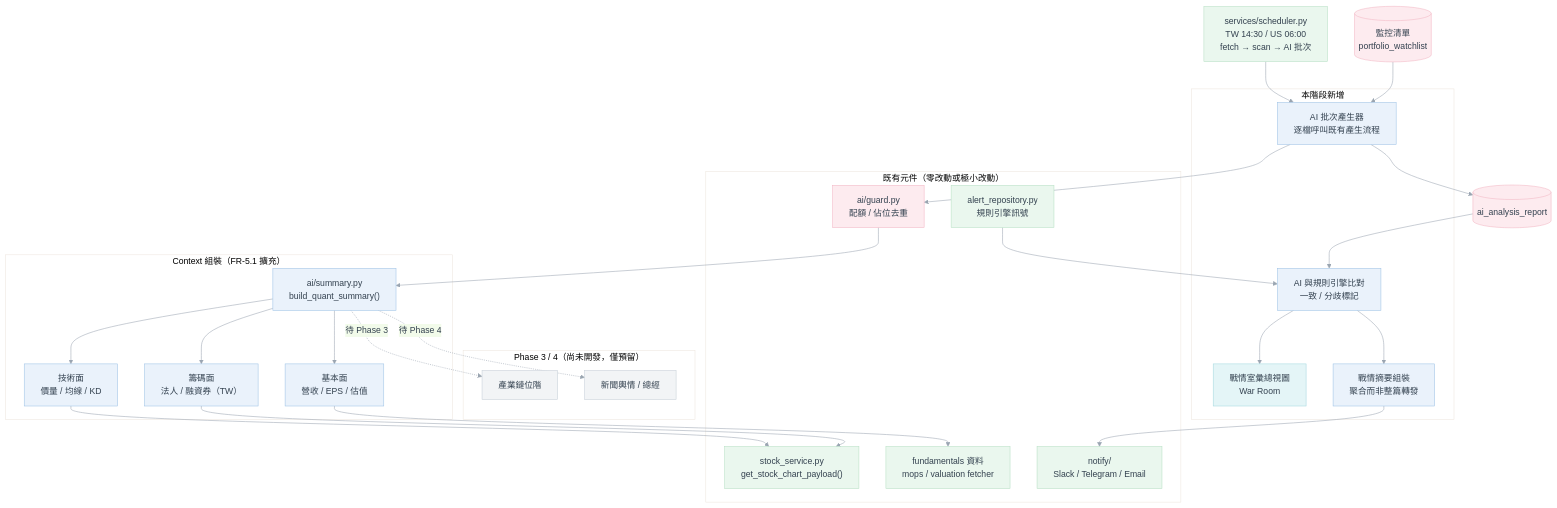
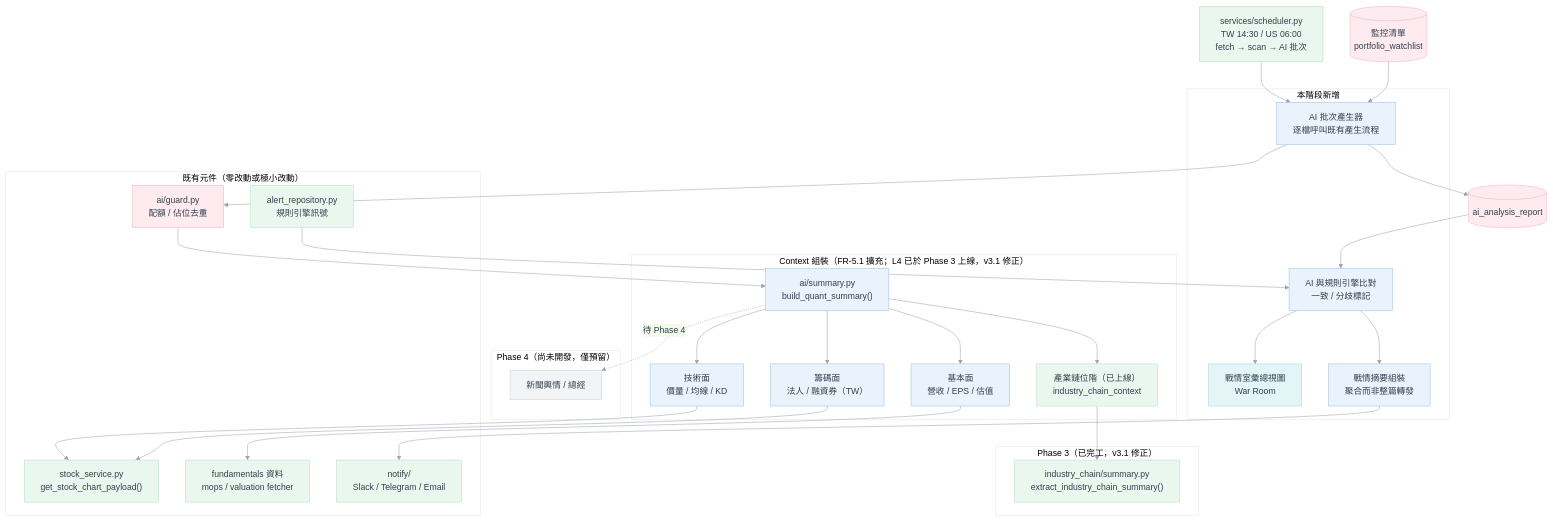
One commit to jacksonlee-tw/mystock-vue changed the first of 2 diagrams in mystock-vue/docs/16.AI技術分析/Phase5-三層式 AI 決策引擎與戰情室.md. Above: the diagram before and after it, drawn with Mermaid. The commit also changed other lines of this file and 1 other file, not shown here.

First line of the commit message:
Phase 5：規劃審計 + 戰情室（War Room）HTML 雛形（不含程式開發）

````diff
--- a/mystock-vue/docs/16.AI技術分析/Phase5-三層式 AI 決策引擎與戰情室.md
+++ b/mystock-vue/docs/16.AI技術分析/Phase5-三層式 AI 決策引擎與戰情室.md
@@ -143,74 +151,79 @@
 ```mermaid
 %%{init: {
   "theme": "base",
   "themeVariables": {
     "background": "#ffffff",
     "primaryColor": "#EAF2FB",
     "primaryBorderColor": "#9EC2E6",
     "primaryTextColor": "#33414F",
     "lineColor": "#9AA5B1",
     "textColor": "#33414F",
     "fontFamily": "Segoe UI, sans-serif"
   }
 }}%%
 flowchart TB
     SCHED["services/scheduler.py<br/>TW 14:30 / US 06:00<br/>fetch → scan → AI 批次"]
     WATCH[("監控清單<br/>portfolio_watchlist")]
 
     subgraph NEW ["本階段新增"]
         BATCH["AI 批次產生器<br/>逐檔呼叫既有產生流程"]
         CMP["AI 與規則引擎比對<br/>一致 / 分歧標記"]
         ROOM["戰情室彙總視圖<br/>War Room"]
         DIGEST["戰情摘要組裝<br/>聚合而非整篇轉發"]
     end
 
-    subgraph CTX ["Context 組裝（FR-5.1 擴充）"]
+    subgraph CTX ["Context 組裝（FR-5.1 擴充；L4 已於 Phase 3 上線，v3.1 修正）"]
         SUM["ai/summary.py<br/>build_quant_summary()"]
         L1["技術面<br/>價量 / 均線 / KD"]
         L2["籌碼面<br/>法人 / 融資券（TW）"]
         L3["基本面<br/>營收 / EPS / 估值"]
+        L4["產業鏈位階（已上線）<br/>industry_chain_context"]
     end
 
-    subgraph FUTURE ["Phase 3 / 4（尚未開發，僅預留）"]
-        L4["產業鏈位階"]
+    subgraph FUTURE ["Phase 4（尚未開發，僅預留）"]
         L5["新聞輿情 / 總經"]
+    end
+
+    subgraph IC ["Phase 3（已完工，v3.1 修正）"]
+        ICSUM["industry_chain/summary.py<br/>extract_industry_chain_summary()"]
     end
 
     subgraph EXIST ["既有元件（零改動或極小改動）"]
         CHART["stock_service.py<br/>get_stock_chart_payload()"]
         FUND["fundamentals 資料<br/>mops / valuation fetcher"]
         ALERT["alert_repository.py<br/>規則引擎訊號"]
         GATE["ai/guard.py<br/>配額 / 佔位去重"]
         NOTIFY["notify/<br/>Slack / Telegram / Email"]
     end
 
     DB[("ai_analysis_report")]
 
     SCHED --> BATCH
     WATCH --> BATCH
     BATCH --> GATE
     GATE --> SUM
     SUM --> L1 --> CHART
     SUM --> L2 --> CHART
     SUM --> L3 --> FUND
-    SUM -.待 Phase 3.-> L4
+    SUM --> L4 --> ICSUM
     SUM -.待 Phase 4.-> L5
     BATCH --> DB
     ALERT --> CMP
     DB --> CMP
     CMP --> ROOM
     CMP --> DIGEST
     DIGEST --> NOTIFY
 
     style SCHED fill:#EAF7EE,stroke:#B7E0C4
     style CHART fill:#EAF7EE,stroke:#B7E0C4
     style FUND fill:#EAF7EE,stroke:#B7E0C4
     style ALERT fill:#EAF7EE,stroke:#B7E0C4
     style NOTIFY fill:#EAF7EE,stroke:#B7E0C4
+    style ICSUM fill:#EAF7EE,stroke:#B7E0C4
     style GATE fill:#FDEBEF,stroke:#F3B6C4
     style DB fill:#FDEBEF,stroke:#F3B6C4
     style WATCH fill:#FDEBEF,stroke:#F3B6C4
     style ROOM fill:#E4F5F7,stroke:#A5D8DF
-    style L4 fill:#F2F4F6,stroke:#C7D0D8
+    style L4 fill:#EAF7EE,stroke:#B7E0C4
     style L5 fill:#F2F4F6,stroke:#C7D0D8
 ```
````
